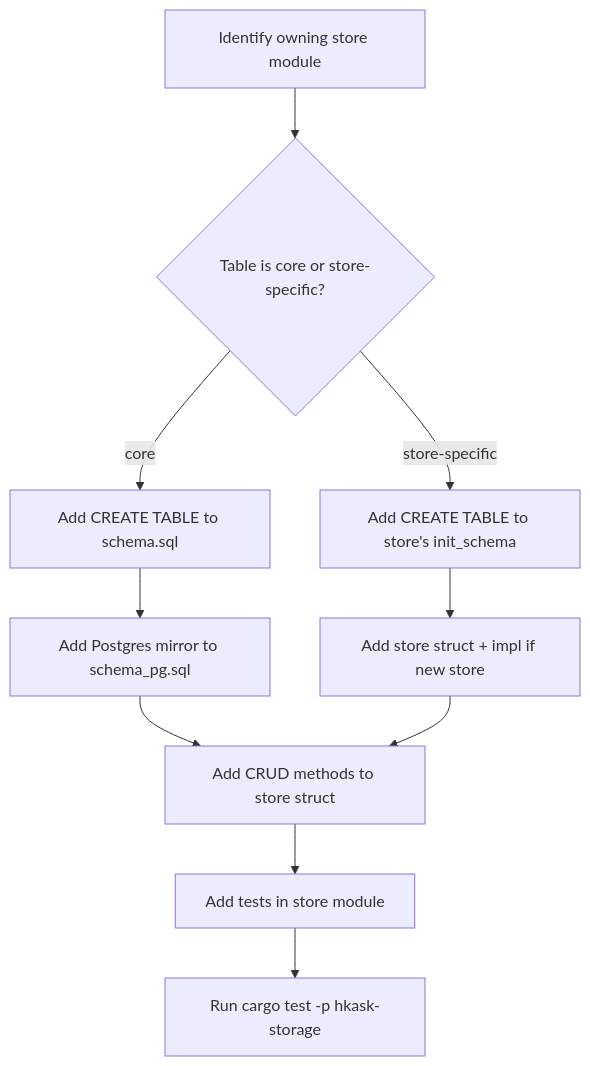
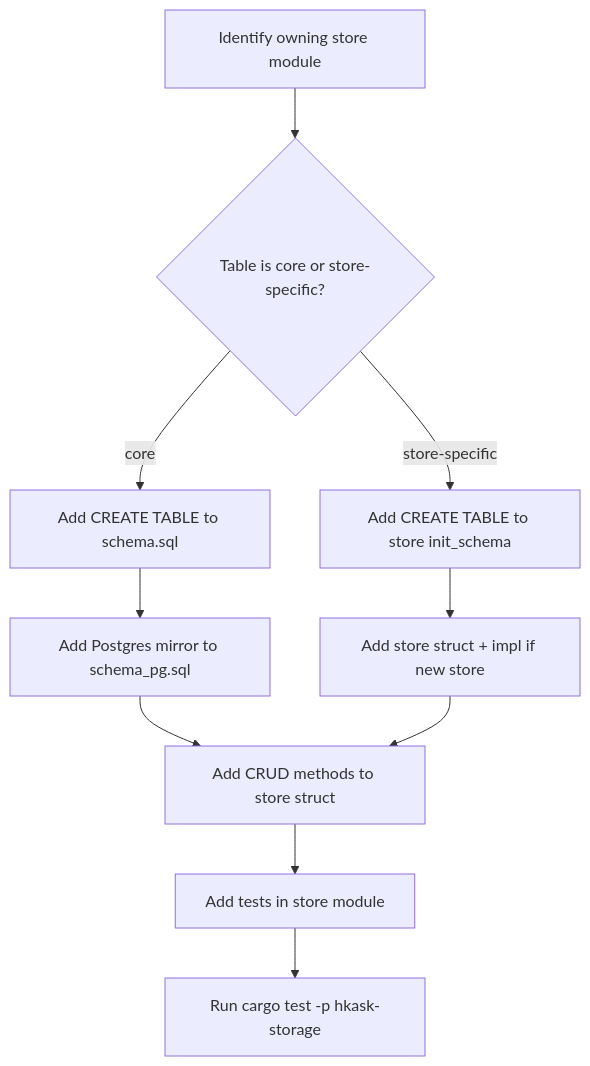
One commit to mdz-axo/zed-kask changed the diagram in kask/docs/diataxis/hkask-storage/how-to.md. Above: the diagram before and after it, drawn with Mermaid. The commit also changed other lines of this file and 33 other files, not shown here.

````diff
--- a/kask/docs/diataxis/hkask-storage/how-to.md
+++ b/kask/docs/diataxis/hkask-storage/how-to.md
@@ -34,12 +36,12 @@
 ```mermaid
 flowchart TD
     A[Identify owning store module] --> B{Table is core or store-specific?}
     B -- core --> C[Add CREATE TABLE to schema.sql]
-    B -- store-specific --> D[Add CREATE TABLE to store's init_schema]
+    B -- store-specific --> D[Add CREATE TABLE to store init_schema]
     C --> E[Add Postgres mirror to schema_pg.sql]
     D --> F[Add store struct + impl if new store]
     E --> G[Add CRUD methods to store struct]
     F --> G
     G --> H[Add tests in store module]
     H --> I[Run cargo test -p hkask-storage]
 ```
````
